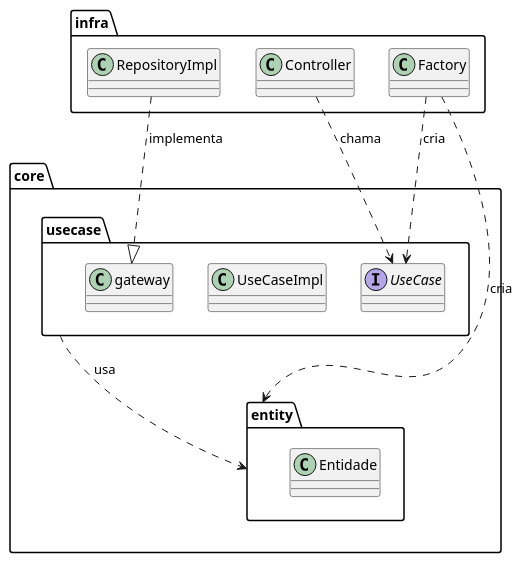
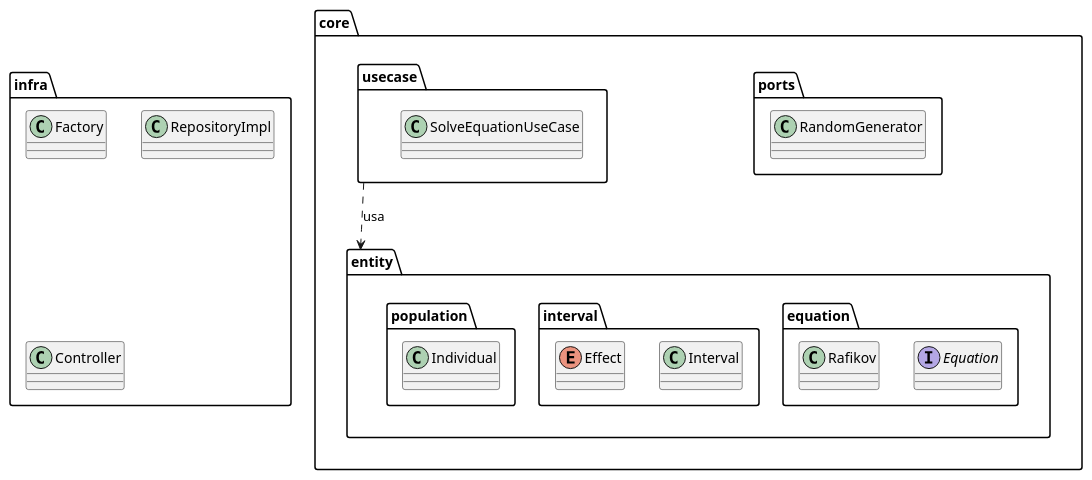
One commit to alexandrendev/broca changed the diagram in docs/diagram.puml. Above: the diagram before and after it, drawn with PlantUML. The commit also changed 11 other files, not shown here.

```diff
--- a/docs/diagram.puml
+++ b/docs/diagram.puml
@@ -1,25 +1,37 @@
 @startuml
 
 package core {
   package entity {
-    class Entidade
+    package equation{
+        interface Equation
+        class Rafikov
+    }
+
+    package interval{
+        class Interval
+        enum Effect
+    }
+
+    package population{
+        class Individual
+    }
   }
+
+    package ports{
+        class RandomGenerator
+    }
+
   package usecase {
-    interface UseCase
-    class UseCaseImpl
+    class SolveEquationUseCase
   }
 }
 
 package infra {
   class Factory
   class RepositoryImpl
   class Controller
 }
 
 core.usecase ..> core.entity : usa
-infra.Factory ..> core.entity : cria
-infra.Factory ..> core.usecase.UseCase : cria
-infra.Controller ..> core.usecase.UseCase : chama
-infra.RepositoryImpl ..|> core.usecase.gateway : implementa
 
 @enduml
```
